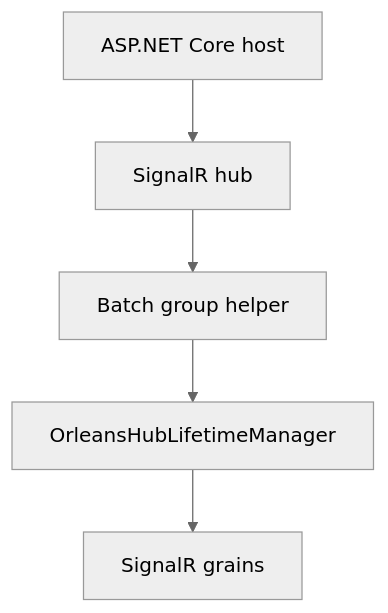
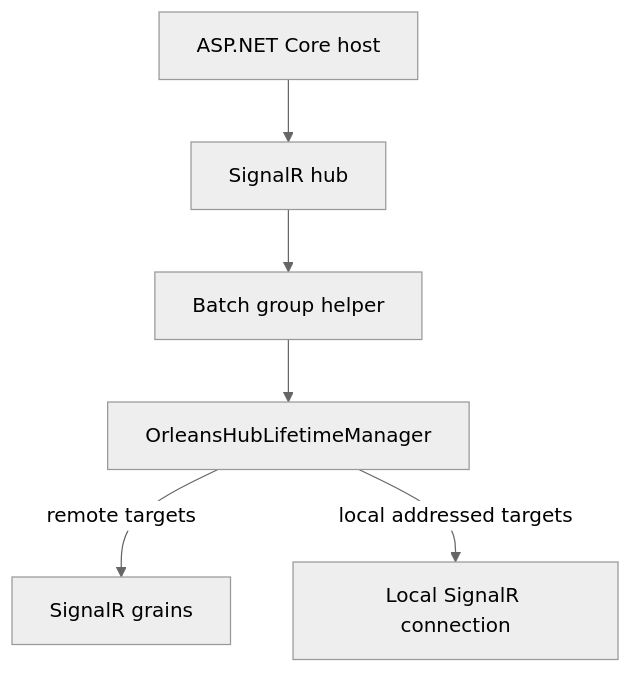
One commit to managedcode/Orleans.SignalR changed the diagram in docs/Features/Hub-Lifetime-Manager-Integration.md. Above: the diagram before and after it, drawn with Mermaid (neutral theme). The commit also changed other lines of this file and 4 other files, not shown here.

Commit message:
fix: deliver local SignalR messages during backplane loss

````diff
--- a/docs/Features/Hub-Lifetime-Manager-Integration.md
+++ b/docs/Features/Hub-Lifetime-Manager-Integration.md
@@ -94,10 +105,14 @@
 ```mermaid
 flowchart TD
   Host["ASP.NET Core host"]
   Hub["SignalR hub"]
   Batch["Batch group helper"]
   Manager["OrleansHubLifetimeManager"]
   Grains["SignalR grains"]
 
-  Host --> Hub --> Batch --> Manager --> Grains
+  Socket["Local SignalR connection"]
+
+  Host --> Hub --> Batch --> Manager
+  Manager -->|"remote targets"| Grains
+  Manager -->|"local addressed targets"| Socket
 ```
````
